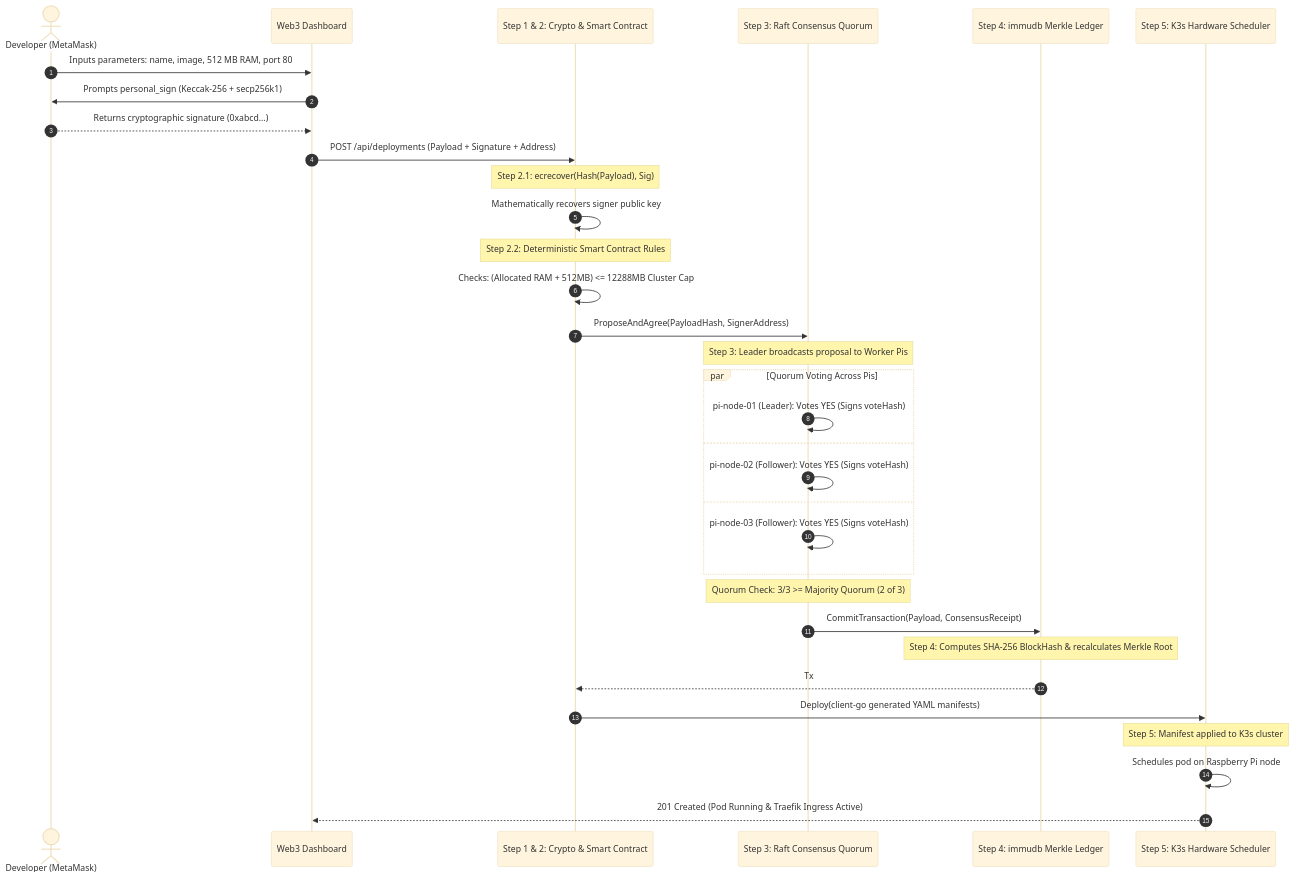
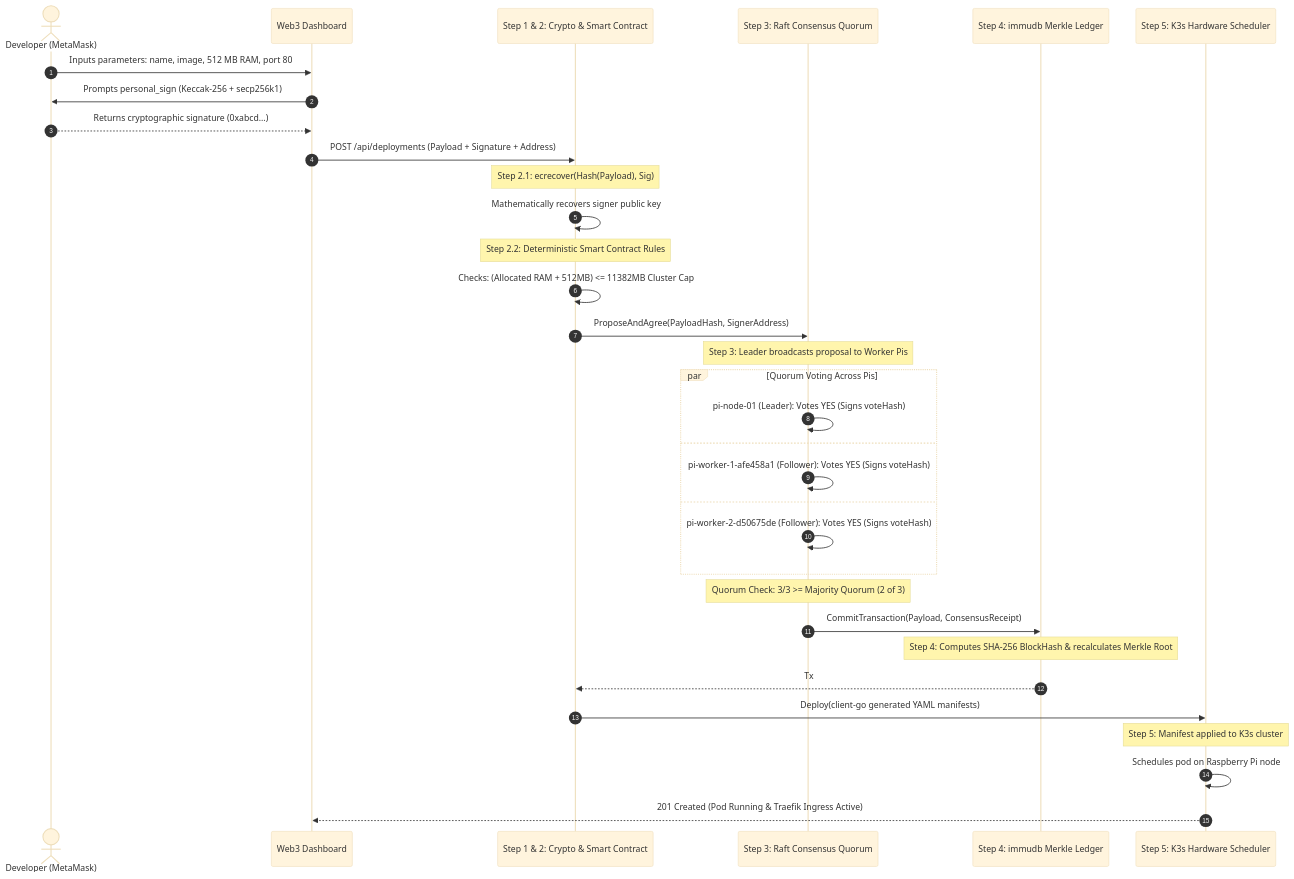
One commit to AslouneYahya/blockchain-cloud-platform changed the second of 10 diagrams in docs/ARCHITECTURE_DIAGRAMS.md. Above: the diagram before and after it, drawn with Mermaid (base theme). The commit also changed other lines of this file and 12 other files, not shown here.

Commit message:
docs: comprehensive academic README and architecture diagrams embedding all 10 production screenshots in screenshots/bc

````diff
--- a/docs/ARCHITECTURE_DIAGRAMS.md
+++ b/docs/ARCHITECTURE_DIAGRAMS.md
@@ -71,41 +71,41 @@
 ```mermaid
 sequenceDiagram
     autonumber
     actor Dev as Developer (MetaMask)
     participant UI as Web3 Dashboard
     participant Verifier as Step 1 & 2: Crypto & Smart Contract
     participant Raft as Step 3: Raft Consensus Quorum
     participant Immudb as Step 4: immudb Merkle Ledger
     participant K3s as Step 5: K3s Hardware Scheduler
 
     Dev->>UI: Inputs parameters: name, image, 512 MB RAM, port 80
     UI->>Dev: Prompts personal_sign (Keccak-256 + secp256k1)
     Dev-->>UI: Returns cryptographic signature (0xabcd...)
 
     UI->>Verifier: POST /api/deployments (Payload + Signature + Address)
 
     Note over Verifier: Step 2.1: ecrecover(Hash(Payload), Sig)
     Verifier->>Verifier: Mathematically recovers signer public key
     Note over Verifier: Step 2.2: Deterministic Smart Contract Rules
-    Verifier->>Verifier: Checks: (Allocated RAM + 512MB) <= 12288MB Cluster Cap
+    Verifier->>Verifier: Checks: (Allocated RAM + 512MB) <= 11382MB Cluster Cap
 
     Verifier->>Raft: ProposeAndAgree(PayloadHash, SignerAddress)
     Note over Raft: Step 3: Leader broadcasts proposal to Worker Pis
     par Quorum Voting Across Pis
         Raft->>Raft: pi-node-01 (Leader): Votes YES (Signs voteHash)
     and
-        Raft->>Raft: pi-node-02 (Follower): Votes YES (Signs voteHash)
+        Raft->>Raft: pi-worker-1-afe458a1 (Follower): Votes YES (Signs voteHash)
     and
-        Raft->>Raft: pi-node-03 (Follower): Votes YES (Signs voteHash)
+        Raft->>Raft: pi-worker-2-d50675de (Follower): Votes YES (Signs voteHash)
     end
     Note over Raft: Quorum Check: 3/3 >= Majority Quorum (2 of 3)
 
     Raft->>Immudb: CommitTransaction(Payload, ConsensusReceipt)
     Note over Immudb: Step 4: Computes SHA-256 BlockHash & recalculates Merkle Root
     Immudb-->>Verifier: Tx #1 Receipt (BlockHash, MerkleRoot)
 
     Verifier->>K3s: Deploy(client-go generated YAML manifests)
     Note over K3s: Step 5: Manifest applied to K3s cluster
     K3s->>K3s: Schedules pod on Raspberry Pi node
     K3s-->>UI: 201 Created (Pod Running & Traefik Ingress Active)
 ```
````
